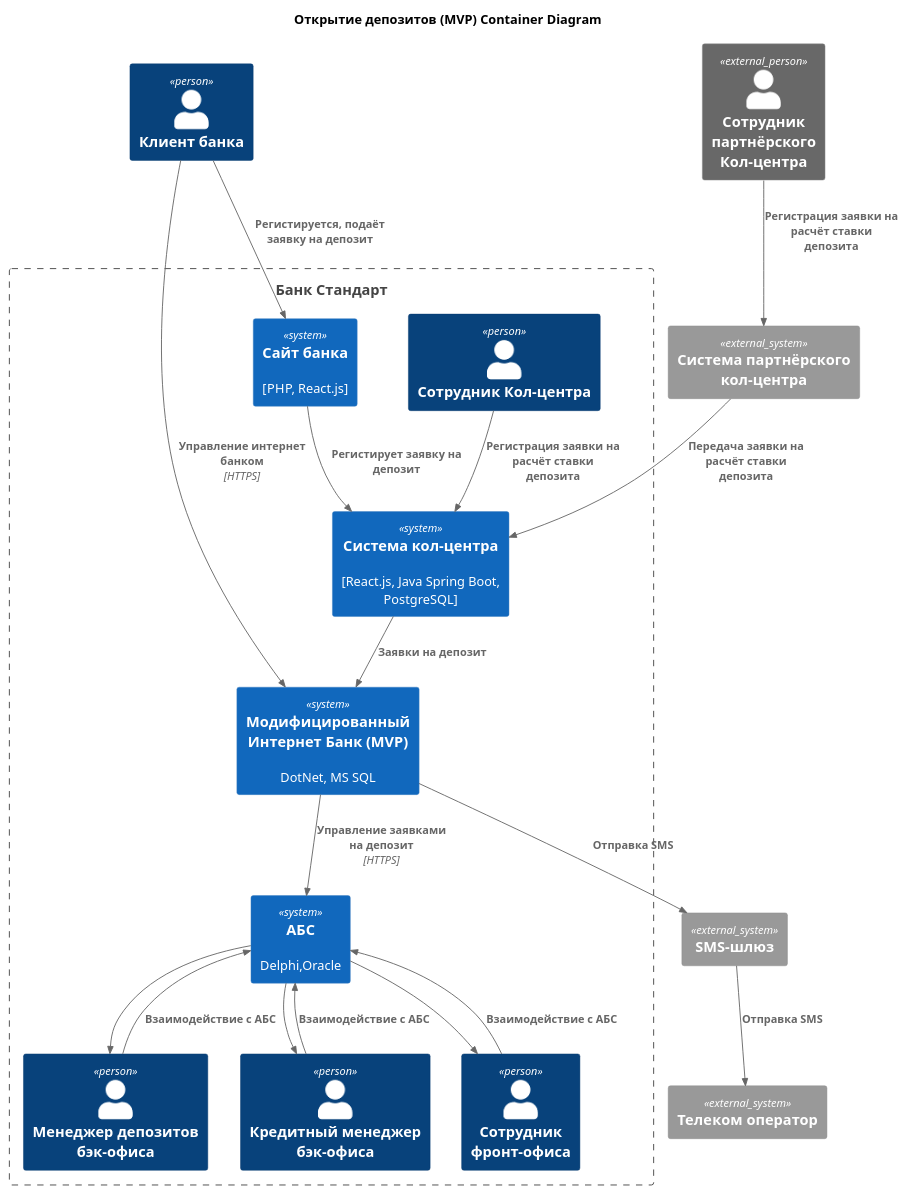
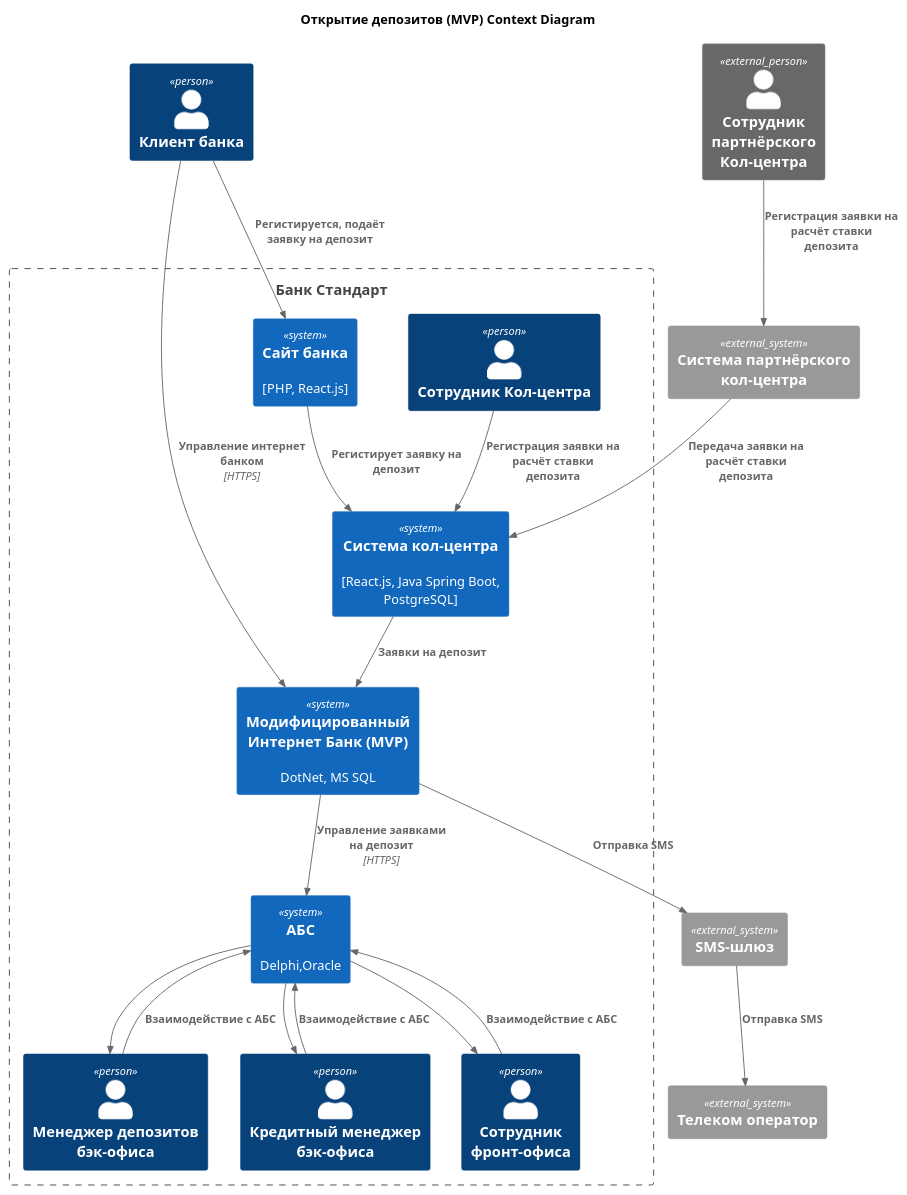
Before and after one commit to ZergZet/architecture-standart: the diagram in Task3/to-be_mvp_c4_context.puml, drawn with PlantUML.

```diff
--- a/Task3/to-be_mvp_c4_context.puml
+++ b/Task3/to-be_mvp_c4_context.puml
@@ -1,51 +1,51 @@
-@startuml C4-Container-Deposits-MVP
-title Открытие депозитов (MVP) Container Diagram
+@startuml C4-Context-Deposits-MVP
+title Открытие депозитов (MVP) Context Diagram
 top to bottom direction
 
 !includeurl https://raw.githubusercontent.com/RicardoNiepel/C4-PlantUML/master/C4_Component.puml
 !includeurl https://raw.githubusercontent.com/RicardoNiepel/C4-PlantUML/master/C4_Container.puml
 
 Person(Client, "Клиент банка")
 Person_Ext(CallCenterEmployeeExternal, "Сотрудник партнёрского Кол-центра")
 
 System_Ext(SMSGate, "SMS-шлюз")
 System_Ext(Telecom, "Телеком оператор")
 System_Ext(CallCenterSystemExternal, "Система партнёрского кол-центра")
     
 Boundary(StandartSystem, "Банк Стандарт"){ 
 
     Person(CallCenterEmployee, "Сотрудник Кол-центра")
     Person(DepositeManager, "Менеджер депозитов бэк-офиса")
     Person(CreditManager, "Кредитный менеджер бэк-офиса")
     Person(FrontOficceManager, "Сотрудник фронт-офиса")
     
     System(WebSite, "Сайт банка", "[PHP, React.js]")
     System(CallCenterSystem, "Система кол-центра", "[React.js, Java Spring Boot, PostgreSQL]")
     
     Rel(CallCenterSystemExternal, CallCenterSystem, "Передача заявки на расчёт ставки депозита")
     Rel(CallCenterEmployee, CallCenterSystem, "Регистрация заявки на расчёт ставки депозита")
     Rel(CallCenterEmployeeExternal, CallCenterSystemExternal, "Регистрация заявки на расчёт ставки депозита")
 
     System(ABSSystem, "АБС","Delphi,Oracle")
 
     System(InternetBankSystem, "Модифицированный Интернет Банк (MVP)", "DotNet, MS SQL")
 }
 
 Rel(Client, InternetBankSystem, "Управление интернет банком","HTTPS")
 Rel(InternetBankSystem, ABSSystem, "Управление заявками на депозит","HTTPS")
 
 Rel(DepositeManager, ABSSystem, "Взаимодействие с АБС")
 Rel(ABSSystem,DepositeManager,  "")
 Rel(CreditManager, ABSSystem, "Взаимодействие с АБС")
 Rel(ABSSystem,CreditManager,  "")
 Rel(FrontOficceManager, ABSSystem, "Взаимодействие с АБС")
 Rel(ABSSystem, FrontOficceManager, "")
 
 Rel(Client, WebSite, "Регистируется, подаёт заявку на депозит")
 Rel(WebSite, CallCenterSystem, "Регистирует заявку на депозит")
 Rel(CallCenterSystem, InternetBankSystem, "Заявки на депозит")
 
 Rel(InternetBankSystem, SMSGate, "Отправка SMS")
 Rel(SMSGate, Telecom, "Отправка SMS")
 
 @enduml
```
